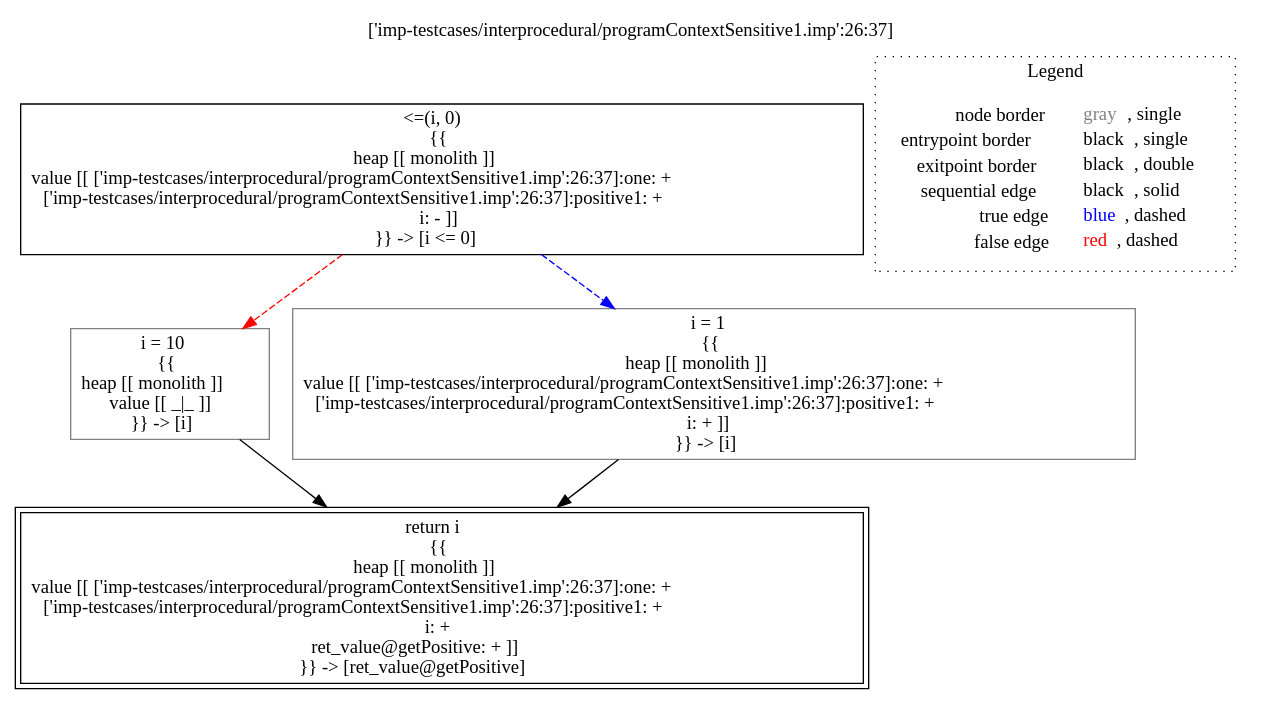
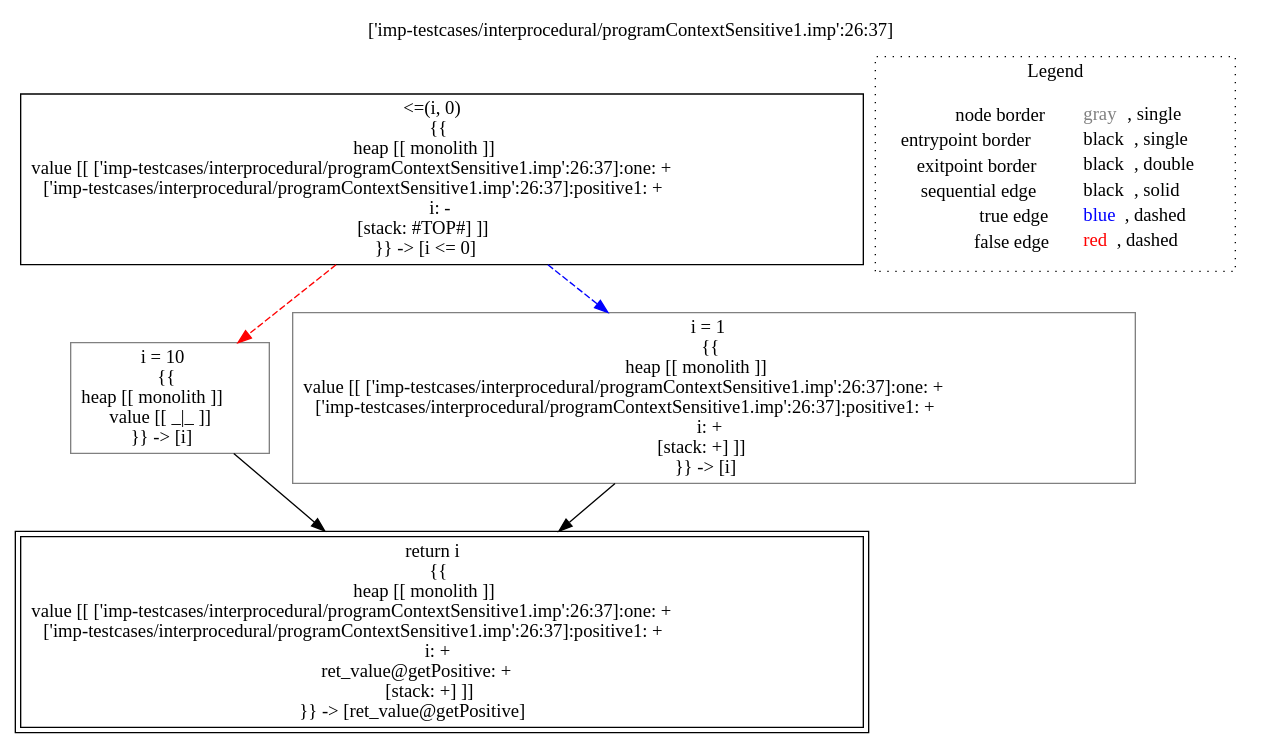
The diagram in lisa/lisa-core/imp-testcases/interprocedural/RTAContextSensitive1/analysis___-1134695237_untyped_A.getPositive(A_this,_untyped_i).dot (lisa-analyzer/lisa), drawn with Graphviz before and after one commit. The commit also changed 84 other files, not shown here.

```diff
--- a/lisa/lisa-core/imp-testcases/interprocedural/RTAContextSensitive1/analysis___-1134695237_untyped_A.getPositive(A_this,_untyped_i).dot
+++ b/lisa/lisa-core/imp-testcases/interprocedural/RTAContextSensitive1/analysis___-1134695237_untyped_A.getPositive(A_this,_untyped_i).dot
@@ -1,19 +1,19 @@
 digraph {
 	labelloc="t";
 	label="['imp-testcases/interprocedural/programContextSensitive1.imp':26:37]";
-	"node0" [shape="rect",color="black",label=<&lt;=(i, 0)<BR/>{{<BR/>heap [[ monolith ]]<BR/>value [[ ['imp-testcases/interprocedural/programContextSensitive1.imp':26:37]:one: +<BR/>['imp-testcases/interprocedural/programContextSensitive1.imp':26:37]:positive1: +<BR/>i: - ]]<BR/>}} -&gt; [i &lt;= 0]>];
-	"node1" [shape="rect",color="black",peripheries="2",label=<return i<BR/>{{<BR/>heap [[ monolith ]]<BR/>value [[ ['imp-testcases/interprocedural/programContextSensitive1.imp':26:37]:one: +<BR/>['imp-testcases/interprocedural/programContextSensitive1.imp':26:37]:positive1: +<BR/>i: +<BR/>ret_value@getPositive: + ]]<BR/>}} -&gt; [ret_value@getPositive]>];
+	"node0" [shape="rect",color="black",label=<&lt;=(i, 0)<BR/>{{<BR/>heap [[ monolith ]]<BR/>value [[ ['imp-testcases/interprocedural/programContextSensitive1.imp':26:37]:one: +<BR/>['imp-testcases/interprocedural/programContextSensitive1.imp':26:37]:positive1: +<BR/>i: -<BR/>[stack: #TOP#] ]]<BR/>}} -&gt; [i &lt;= 0]>];
+	"node1" [shape="rect",color="black",peripheries="2",label=<return i<BR/>{{<BR/>heap [[ monolith ]]<BR/>value [[ ['imp-testcases/interprocedural/programContextSensitive1.imp':26:37]:one: +<BR/>['imp-testcases/interprocedural/programContextSensitive1.imp':26:37]:positive1: +<BR/>i: +<BR/>ret_value@getPositive: +<BR/>[stack: +] ]]<BR/>}} -&gt; [ret_value@getPositive]>];
 	"node2" [shape="rect",color="gray",label=<i = 10<BR/>{{<BR/>heap [[ monolith ]]<BR/>value [[ _|_ ]]<BR/>}} -&gt; [i]>];
-	"node3" [shape="rect",color="gray",label=<i = 1<BR/>{{<BR/>heap [[ monolith ]]<BR/>value [[ ['imp-testcases/interprocedural/programContextSensitive1.imp':26:37]:one: +<BR/>['imp-testcases/interprocedural/programContextSensitive1.imp':26:37]:positive1: +<BR/>i: + ]]<BR/>}} -&gt; [i]>];
-	"node2" -> "node1" [color="black"];
+	"node3" [shape="rect",color="gray",label=<i = 1<BR/>{{<BR/>heap [[ monolith ]]<BR/>value [[ ['imp-testcases/interprocedural/programContextSensitive1.imp':26:37]:one: +<BR/>['imp-testcases/interprocedural/programContextSensitive1.imp':26:37]:positive1: +<BR/>i: +<BR/>[stack: +] ]]<BR/>}} -&gt; [i]>];
 	"node0" -> "node2" [color="red",style="dashed"];
 	"node0" -> "node3" [color="blue",style="dashed"];
+	"node2" -> "node1" [color="black"];
 	"node3" -> "node1" [color="black"];
 subgraph cluster_legend {
 	label="Legend";
 	style=dotted;
 	node [shape=plaintext];
 	"legend" [label=<<table border="0" cellpadding="2" cellspacing="0" cellborder="0"><tr><td align="right">node border&nbsp;</td><td align="left"><font color="gray">gray</font>, single</td></tr><tr><td align="right">entrypoint border&nbsp;</td><td align="left"><font color="black">black</font>, single</td></tr><tr><td align="right">exitpoint border&nbsp;</td><td align="left"><font color="black">black</font>, double</td></tr><tr><td align="right">sequential edge&nbsp;</td><td align="left"><font color="black">black</font>, solid</td></tr><tr><td align="right">true edge&nbsp;</td><td align="left"><font color="blue">blue</font>, dashed</td></tr><tr><td align="right">false edge&nbsp;</td><td align="left"><font color="red">red</font>, dashed</td></tr></table>>];
 }
 
 }
```
